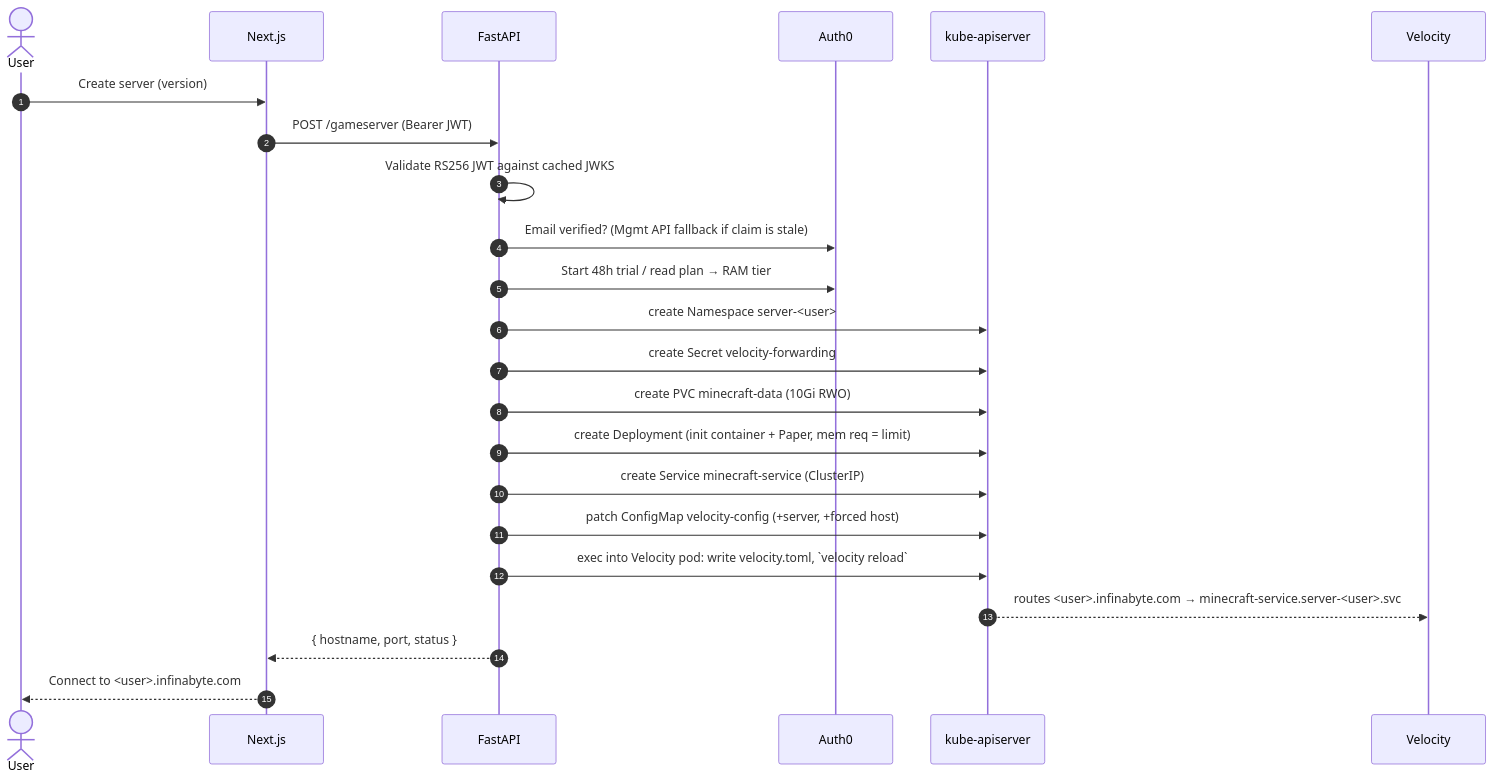
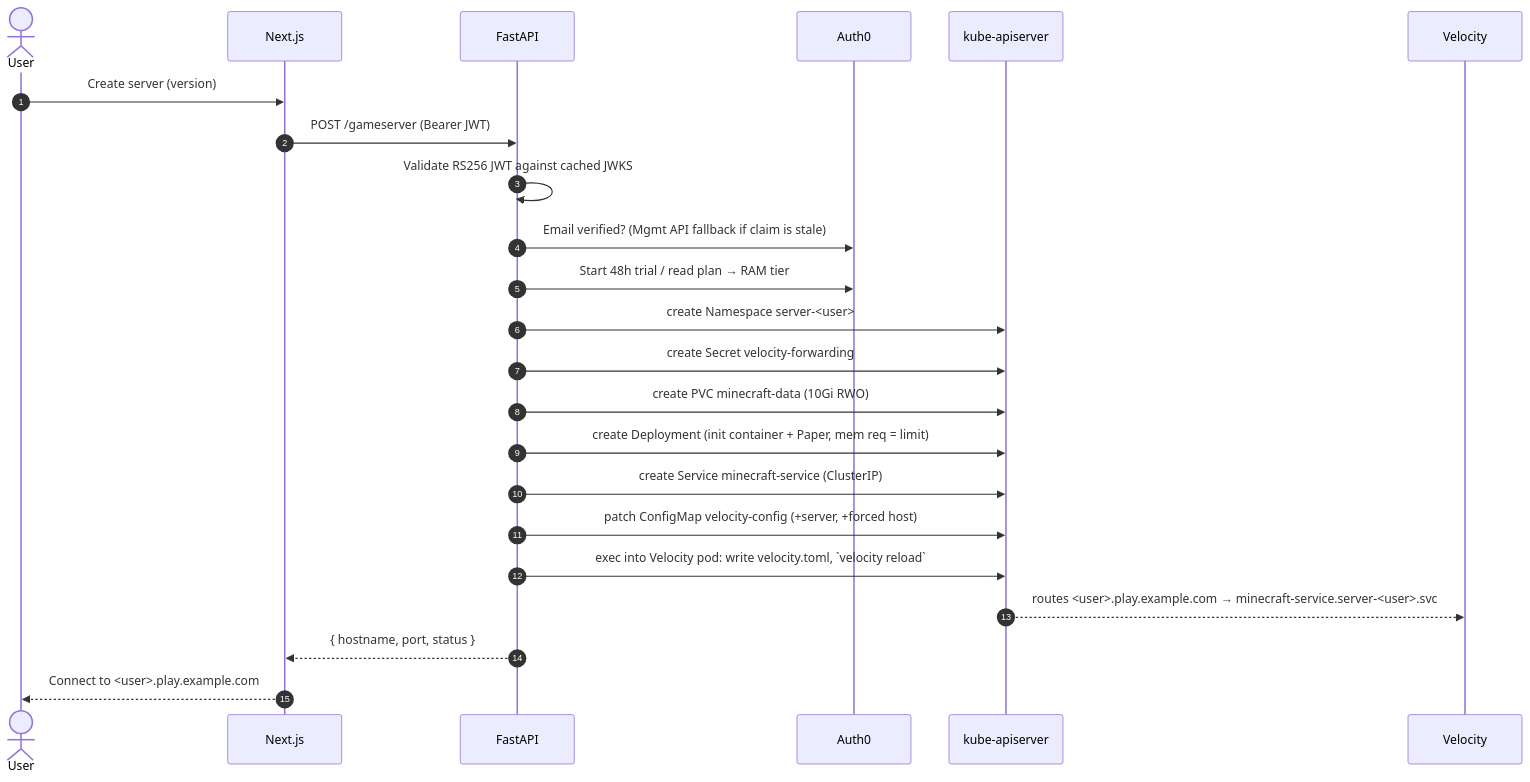
One commit to jstrebeck/game-server-platform changed the second of 2 diagrams in README.md. Above: the diagram before and after it, drawn with Mermaid. The commit also changed other lines of this file and 1 other file, not shown here.

````diff
--- a/README.md
+++ b/README.md
@@ -176,26 +176,26 @@
 ```mermaid
 sequenceDiagram
     autonumber
     actor User
     participant FE as Next.js
     participant BE as FastAPI
     participant A0 as Auth0
     participant K as kube-apiserver
     participant V as Velocity
 
     User->>FE: Create server (version)
     FE->>BE: POST /gameserver (Bearer JWT)
     BE->>BE: Validate RS256 JWT against cached JWKS
     BE->>A0: Email verified? (Mgmt API fallback if claim is stale)
     BE->>A0: Start 48h trial / read plan → RAM tier
     BE->>K: create Namespace server-<user>
     BE->>K: create Secret velocity-forwarding
     BE->>K: create PVC minecraft-data (10Gi RWO)
     BE->>K: create Deployment (init container + Paper, mem req = limit)
     BE->>K: create Service minecraft-service (ClusterIP)
     BE->>K: patch ConfigMap velocity-config (+server, +forced host)
     BE->>K: exec into Velocity pod: write velocity.toml, `velocity reload`
-    K-->>V: routes <user>.infinabyte.com → minecraft-service.server-<user>.svc
+    K-->>V: routes <user>.play.example.com → minecraft-service.server-<user>.svc
     BE-->>FE: { hostname, port, status }
-    FE-->>User: Connect to <user>.infinabyte.com
+    FE-->>User: Connect to <user>.play.example.com
 ```
````
